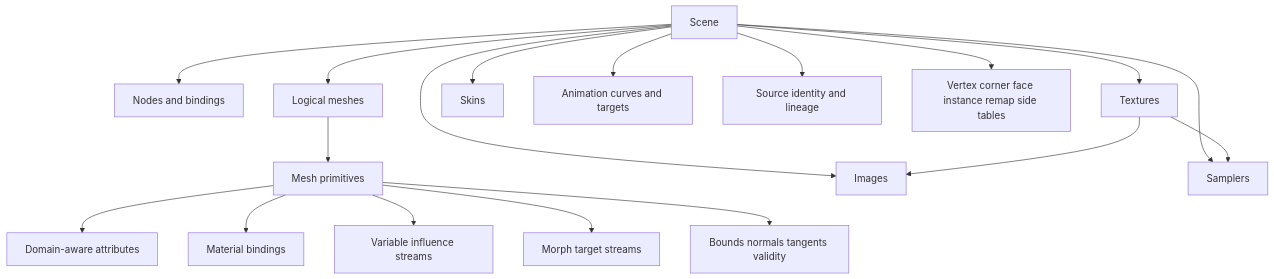
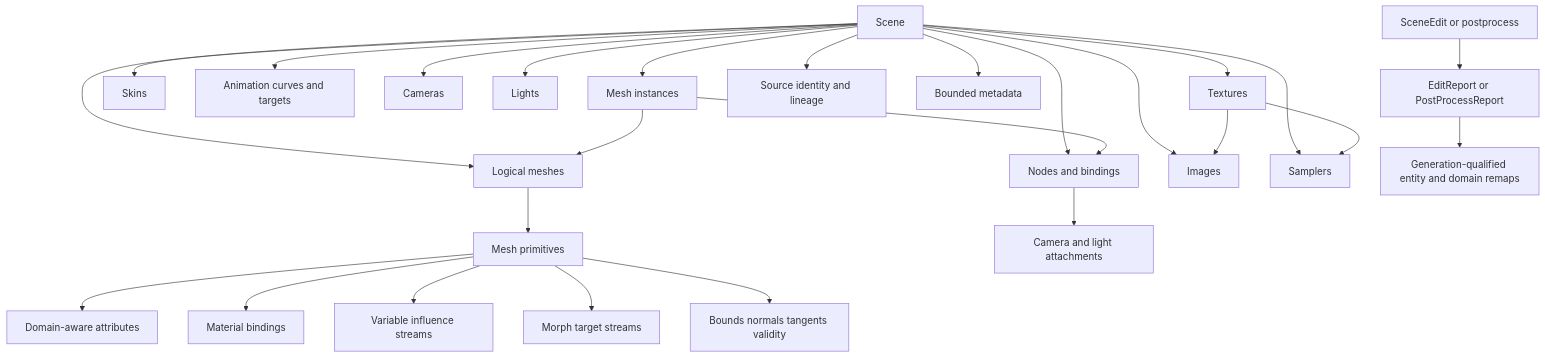
Before and after one commit to Latias94/baozi: the second of 3 diagrams in docs/plans/2026-07-10-001-refactor-baozi-canonical-architecture-plan.md, drawn with Mermaid. The commit also changed other lines of this file and 86 other files, not shown here.

First line of the commit message:
feat(architecture): establish canonical contract authority

````diff
--- a/docs/plans/2026-07-10-001-refactor-baozi-canonical-architecture-plan.md
+++ b/docs/plans/2026-07-10-001-refactor-baozi-canonical-architecture-plan.md
@@ -183,20 +183,28 @@
 ```mermaid
 flowchart TB
   Scene --> Nodes[Nodes and bindings]
   Scene --> Meshes[Logical meshes]
   Meshes --> Primitives[Mesh primitives]
   Primitives --> Attributes[Domain-aware attributes]
   Primitives --> Materials[Material bindings]
   Scene --> Images[Images]
   Scene --> Samplers[Samplers]
   Scene --> Textures[Textures]
   Textures --> Images
   Textures --> Samplers
   Scene --> Skins[Skins]
   Primitives --> Influences[Variable influence streams]
   Primitives --> Morphs[Morph target streams]
   Scene --> Animations[Animation curves and targets]
+  Scene --> Cameras[Cameras]
+  Scene --> Lights[Lights]
+  Scene --> Instances[Mesh instances]
+  Instances --> Nodes
+  Instances --> Meshes
+  Nodes --> Attachments[Camera and light attachments]
   Scene --> Provenance[Source identity and lineage]
-  Scene --> Remaps[Vertex corner face instance remap side tables]
+  Scene --> Metadata[Bounded metadata]
+  Edit[SceneEdit or postprocess] --> Reports[EditReport or PostProcessReport]
+  Reports --> Remaps[Generation-qualified entity and domain remaps]
   Primitives --> Derived[Bounds normals tangents validity]
 ```
````
